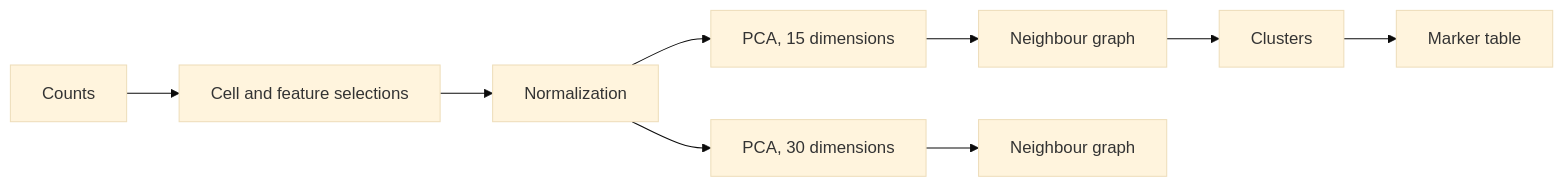
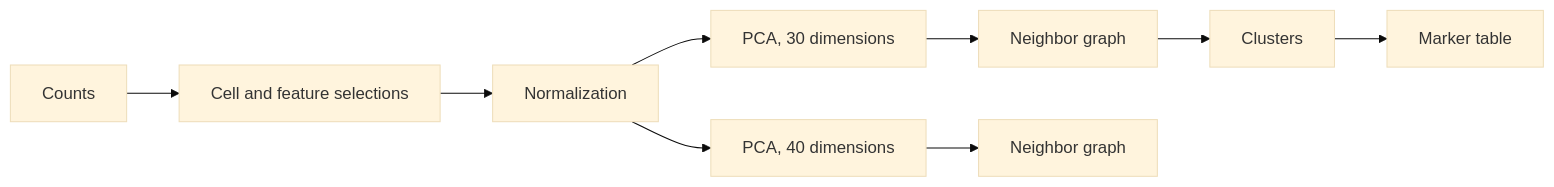
One commit to NygenAnalytics/CyteArc changed the diagram in docs/source/concepts/provenance.md. Above: the diagram before and after it, drawn with Mermaid (base theme). The commit also changed other lines of this file and 16 other files, not shown here.

````diff
--- a/docs/source/concepts/provenance.md
+++ b/docs/source/concepts/provenance.md
@@ -17,15 +17,15 @@
 ```{mermaid}
 flowchart LR
     counts["Counts"]
     selection["Cell and feature selections"]
     norm["Normalization"]
-    pca15["PCA, 15 dimensions"]
     pca30["PCA, 30 dimensions"]
-    graph15["Neighbour graph"]
-    graph30["Neighbour graph"]
+    pca40["PCA, 40 dimensions"]
+    graph30["Neighbor graph"]
+    graph40["Neighbor graph"]
     clusters["Clusters"]
     markers["Marker table"]
     counts --> selection --> norm
-    norm --> pca15 --> graph15 --> clusters --> markers
-    norm --> pca30 --> graph30
+    norm --> pca30 --> graph30 --> clusters --> markers
+    norm --> pca40 --> graph40
 ```
````
